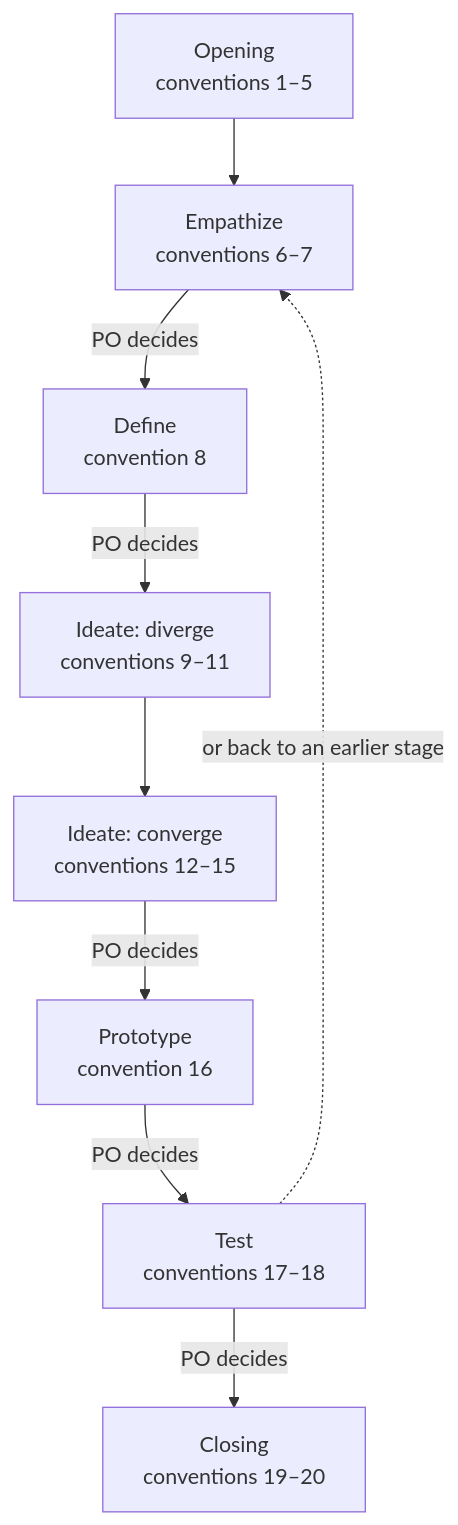
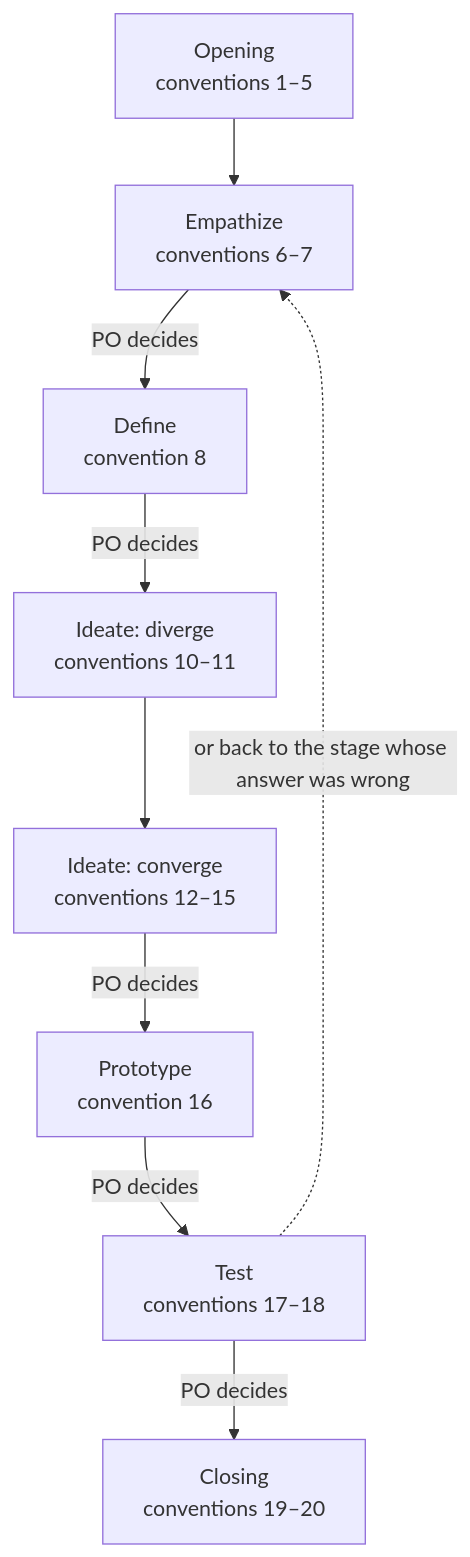
Before and after one commit to seapawn1/IDEO-Scrum: the diagram in plugins/ideo-scrum/skills/design-kernel/conventions/design-log.md, drawn with Mermaid. The commit also changed other lines of this file and 7 other files, not shown here.

````diff
--- a/plugins/ideo-scrum/skills/design-kernel/conventions/design-log.md
+++ b/plugins/ideo-scrum/skills/design-kernel/conventions/design-log.md
@@ -7,11 +7,11 @@
 ```mermaid
 flowchart TD
     A["Opening<br/>conventions 1–5"] --> B["Empathize<br/>conventions 6–7"]
     B -- "PO decides" --> C["Define<br/>convention 8"]
-    C -- "PO decides" --> D["Ideate: diverge<br/>conventions 9–11"]
+    C -- "PO decides" --> D["Ideate: diverge<br/>conventions 10–11"]
     D --> E["Ideate: converge<br/>conventions 12–15"]
     E -- "PO decides" --> F["Prototype<br/>convention 16"]
     F -- "PO decides" --> G["Test<br/>conventions 17–18"]
     G -- "PO decides" --> H["Closing<br/>conventions 19–20"]
-    G -. "or back to an earlier stage" .-> B
+    G -. "or back to the stage whose answer was wrong" .-> B
 ```
````
